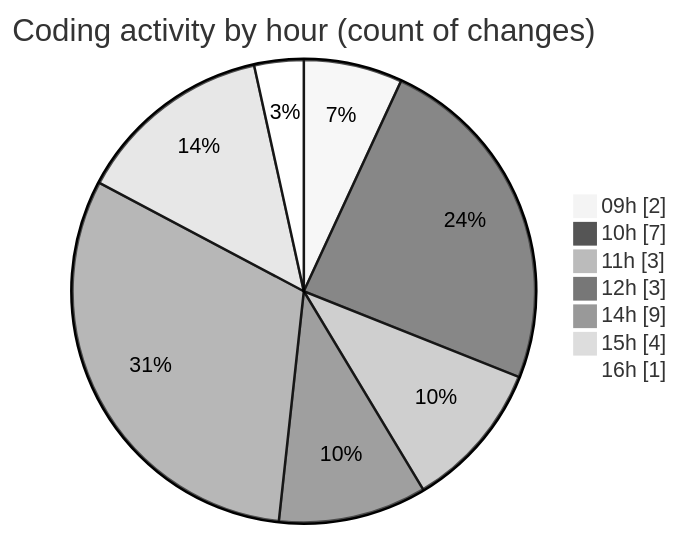
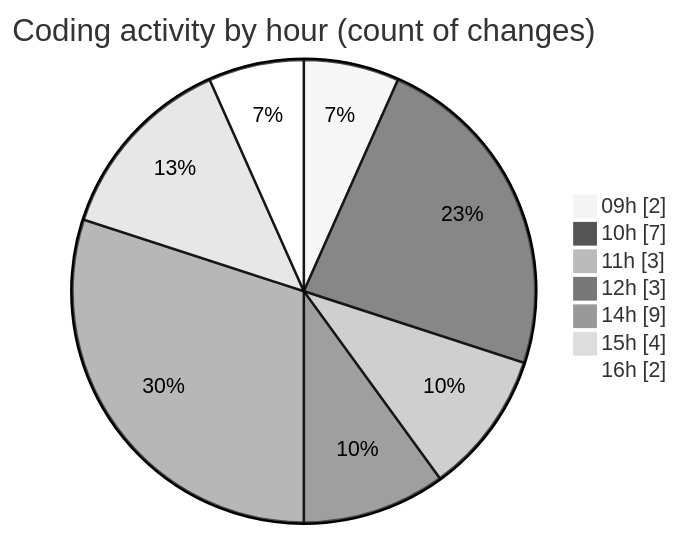
One commit to igalym/code-tracking changed the second of 2 diagrams in 2026-03-02/typescript/README.md. Above: the diagram before and after it, drawn with Mermaid (neutral theme). The commit also changed other lines of this file and 1 other file, not shown here.

````diff
--- a/2026-03-02/typescript/README.md
+++ b/2026-03-02/typescript/README.md
@@ -34,11 +34,11 @@
 ```mermaid
 pie showData
 title Coding activity by hour (count of changes)
 "09h" : 2
 "10h" : 7
 "11h" : 3
 "12h" : 3
 "14h" : 9
 "15h" : 4
-"16h" : 1
+"16h" : 2
 ```
````
